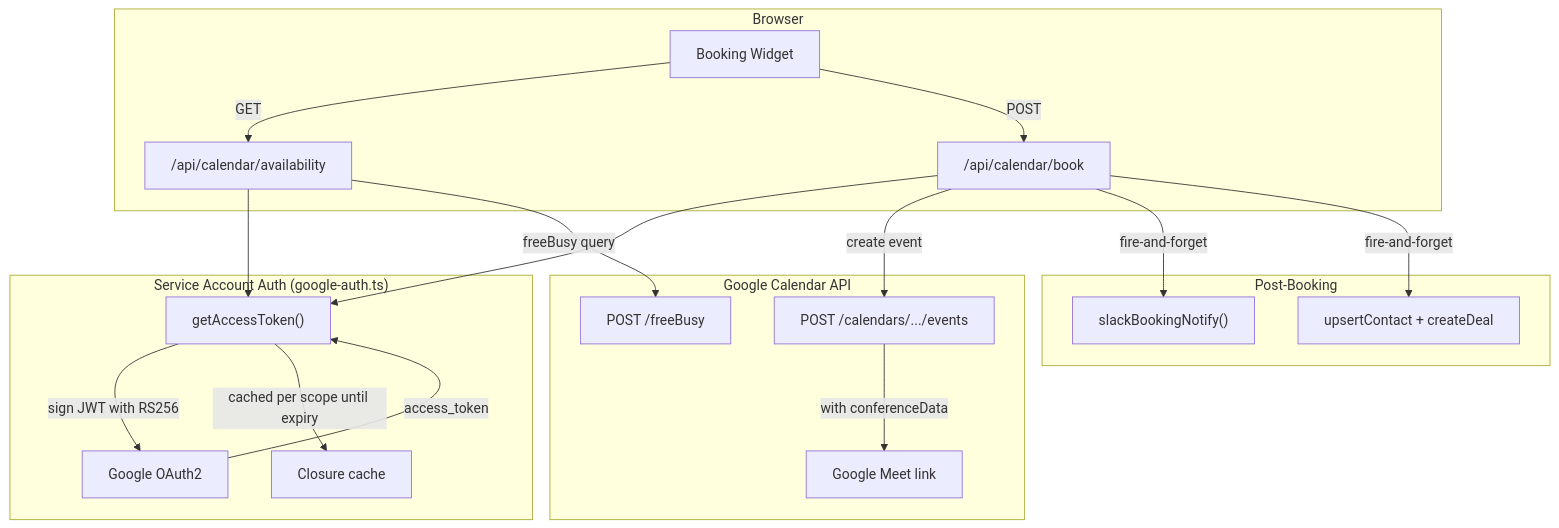
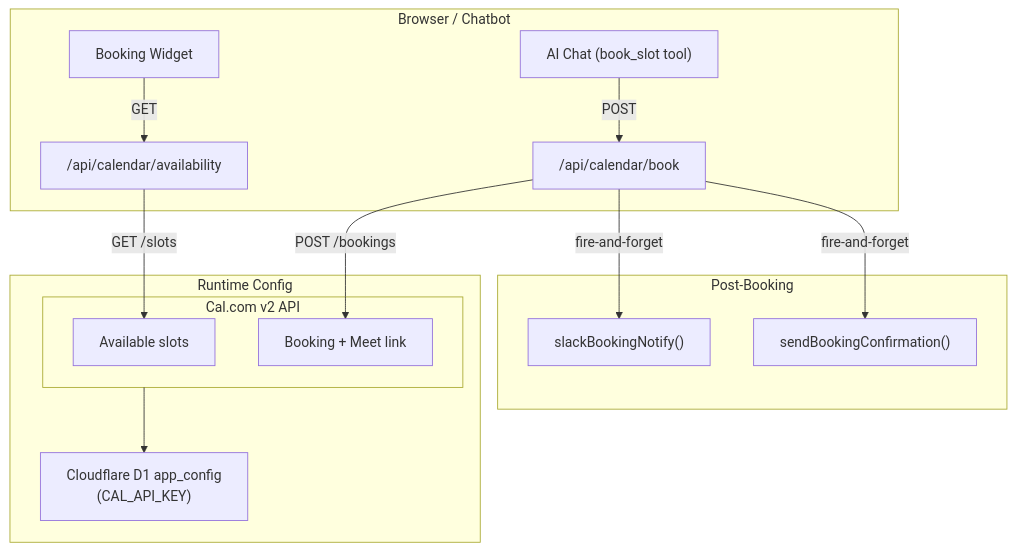
One commit to Themis128/cloudless.gr changed the diagram in docs/integrations/GOOGLE-CALENDAR.md. Above: the diagram before and after it, drawn with Mermaid. The commit also changed other lines of this file and 5 other files, not shown here.

First line of the commit message:
docs: update docs to reflect Cal.com, D1 config store, and booking branding

````diff
--- a/docs/integrations/GOOGLE-CALENDAR.md
+++ b/docs/integrations/GOOGLE-CALENDAR.md
@@ -13,26 +11,21 @@
 ```mermaid
 graph TB
-    subgraph Client["Browser"]
+    subgraph Client["Browser / Chatbot"]
         BookUI["Booking Widget"] -->|GET| AvailAPI["/api/calendar/availability"]
-        BookUI -->|POST| BookAPI["/api/calendar/book"]
+        ChatBot["AI Chat (book_slot tool)"] -->|POST| BookAPI["/api/calendar/book"]
     end
 
-    subgraph Auth["Service Account Auth (google-auth.ts)"]
-        AvailAPI --> GetToken["getAccessToken()"]
-        BookAPI --> GetToken
-        GetToken -->|sign JWT with RS256| TokenURL["Google OAuth2"]
-        TokenURL -->|access_token| GetToken
-        GetToken -->|cached per scope until expiry| Cache["Closure cache"]
+    subgraph CalCom["Cal.com v2 API"]
+        AvailAPI -->|GET /slots| Slots["Available slots"]
+        BookAPI -->|POST /bookings| Booking["Booking + Meet link"]
     end
 
-    subgraph GCalAPI["Google Calendar API"]
-        AvailAPI -->|freeBusy query| FreeBusy["POST /freeBusy"]
-        BookAPI -->|create event| CreateEvt["POST /calendars/.../events"]
-        CreateEvt -->|with conferenceData| Meet["Google Meet link"]
+    subgraph Config["Runtime Config"]
+        CalCom --> D1["Cloudflare D1 app_config\n(CAL_API_KEY)"]
     end
 
     subgraph Notify["Post-Booking"]
         BookAPI -->|fire-and-forget| Slack["slackBookingNotify()"]
-        BookAPI -->|fire-and-forget| EspoCRM["upsertContact + createDeal"]
+        BookAPI -->|fire-and-forget| Email["sendBookingConfirmation()"]
     end
 ```
````
